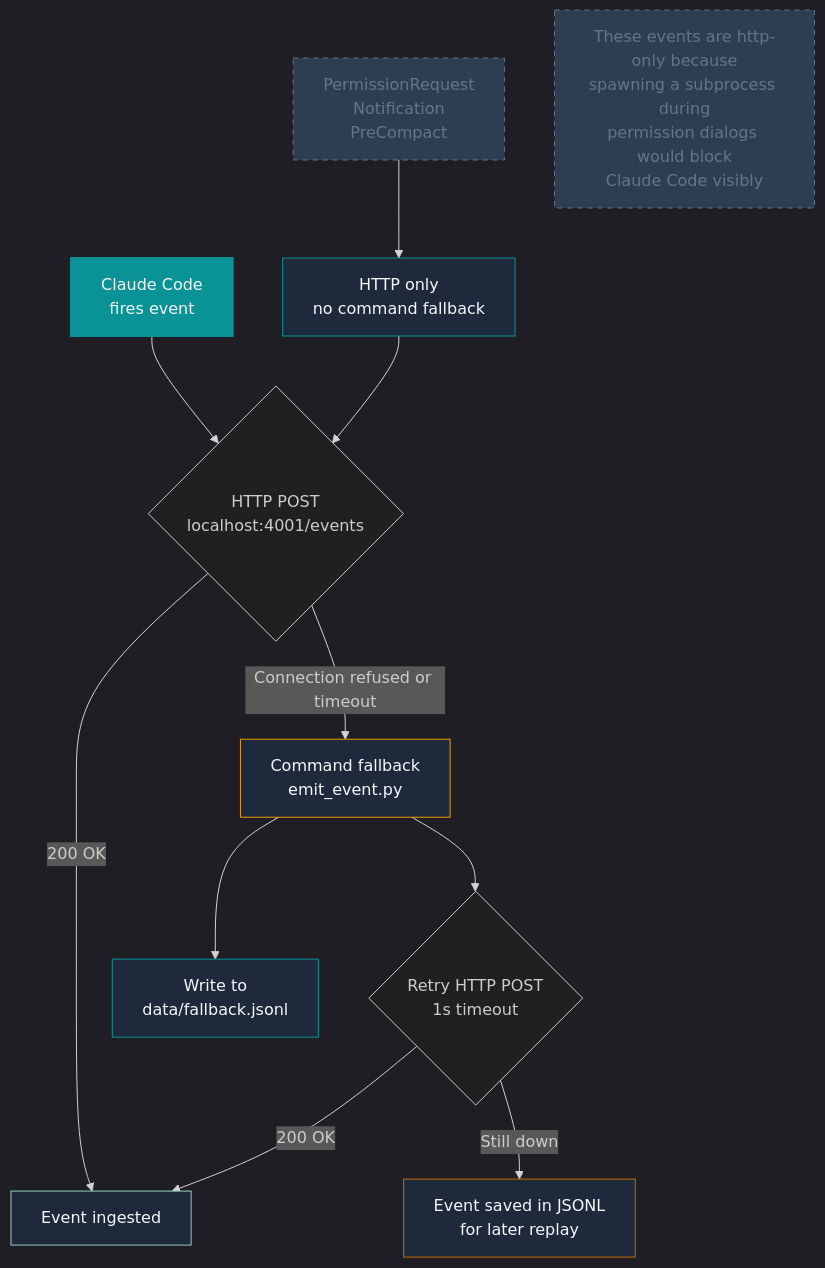
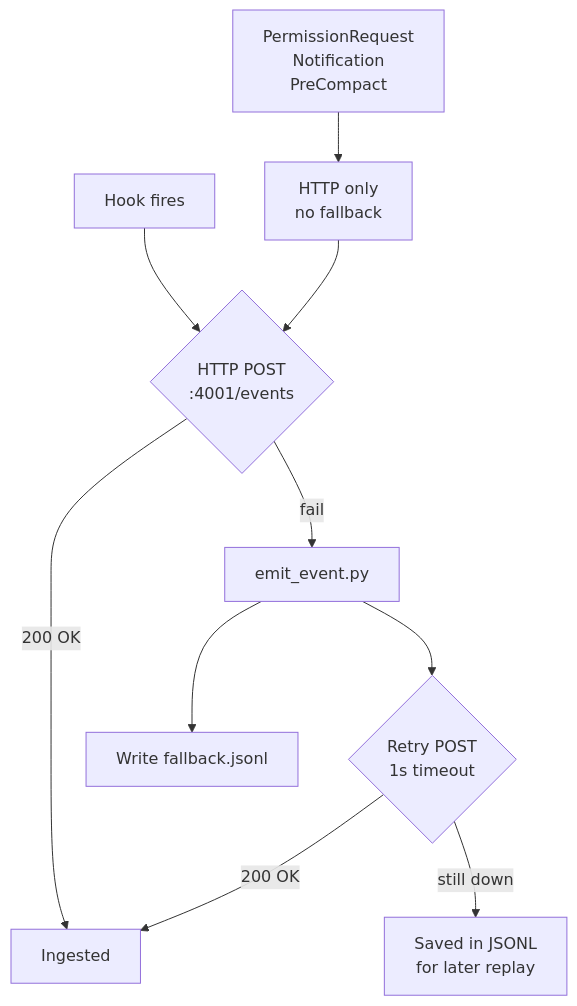
One commit to halcyondude/observable-claude changed the fourth of 4 diagrams in docs/architecture.md. Above: the diagram before and after it, drawn with Mermaid. The commit also changed other lines of this file and 6 other files, not shown here.

First line of the commit message:
docs: rewrite with matt-voice, fix mermaid for github rendering

````diff
--- a/docs/architecture.md
+++ b/docs/architecture.md
@@ -231,28 +188,18 @@
 ```mermaid
-%%{init: {'theme': 'dark'}}%%
-flowchart TD
-    EVENT["Claude Code<br/>fires event"]:::primary
+flowchart TB
+    EVENT["Hook fires"]
 
-    EVENT --> HTTP{"HTTP POST<br/>localhost:4001/events"}
+    EVENT --> HTTP{"HTTP POST<br/>:4001/events"}
 
-    HTTP -->|"200 OK"| DONE["Event ingested"]:::success
-    HTTP -->|"Connection refused or timeout"| CMD["Command fallback<br/>emit_event.py"]:::fallback
+    HTTP -->|200 OK| DONE["Ingested"]
+    HTTP -->|fail| CMD["emit_event.py"]
 
-    CMD --> JSONL["Write to<br/>data/fallback.jsonl"]:::step
-    CMD --> RETRY{"Retry HTTP POST<br/>1s timeout"}
+    CMD --> JSONL["Write fallback.jsonl"]
+    CMD --> RETRY{"Retry POST<br/>1s timeout"}
 
-    RETRY -->|"200 OK"| DONE
-    RETRY -->|"Still down"| SAVED["Event saved in JSONL<br/>for later replay"]:::warn
+    RETRY -->|200 OK| DONE
+    RETRY -->|still down| SAVED["Saved in JSONL<br/>for later replay"]
 
-    NOTE1["PermissionRequest<br/>Notification<br/>PreCompact"]:::note --> HTTP_ONLY["HTTP only<br/>no command fallback"]:::step
+    NOTE["PermissionRequest<br/>Notification<br/>PreCompact"] --> HTTP_ONLY["HTTP only<br/>no fallback"]
     HTTP_ONLY --> HTTP
-
-    NOTE2["These events are http-only because<br/>spawning a subprocess during<br/>permission dialogs would block<br/>Claude Code visibly"]:::note
-
-    classDef primary fill:#0A9396,stroke:#0A9396,color:#F4F8FB,stroke-width:2px
-    classDef success fill:#1E293B,stroke:#94D2BD,color:#F4F8FB
-    classDef step fill:#1E293B,stroke:#0A9396,color:#F4F8FB
-    classDef fallback fill:#1E293B,stroke:#EE9B00,color:#F4F8FB
-    classDef warn fill:#1E293B,stroke:#CA6702,color:#F4F8FB
-    classDef note fill:#2D3E50,stroke:#64748B,color:#64748B,stroke-dasharray: 5 5
 ```
````
